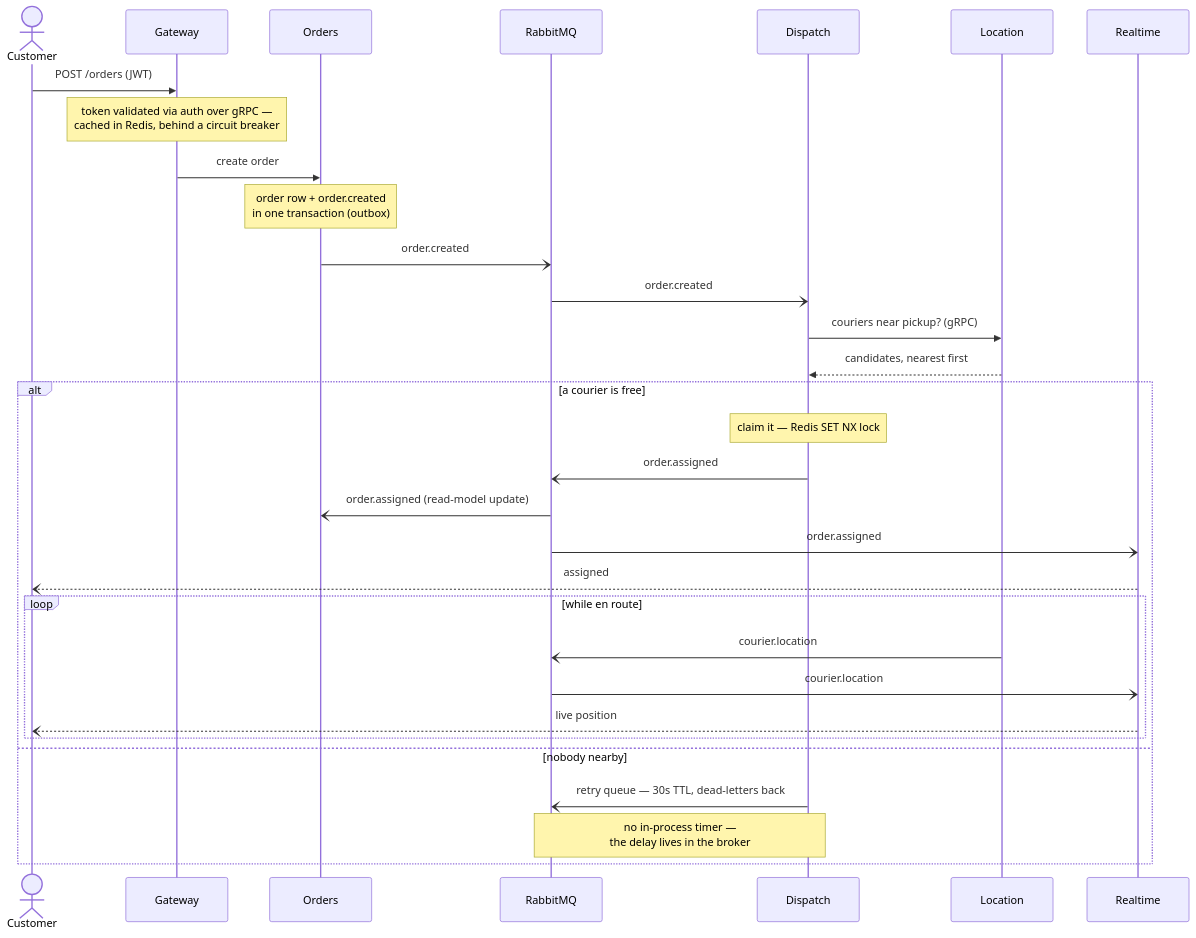
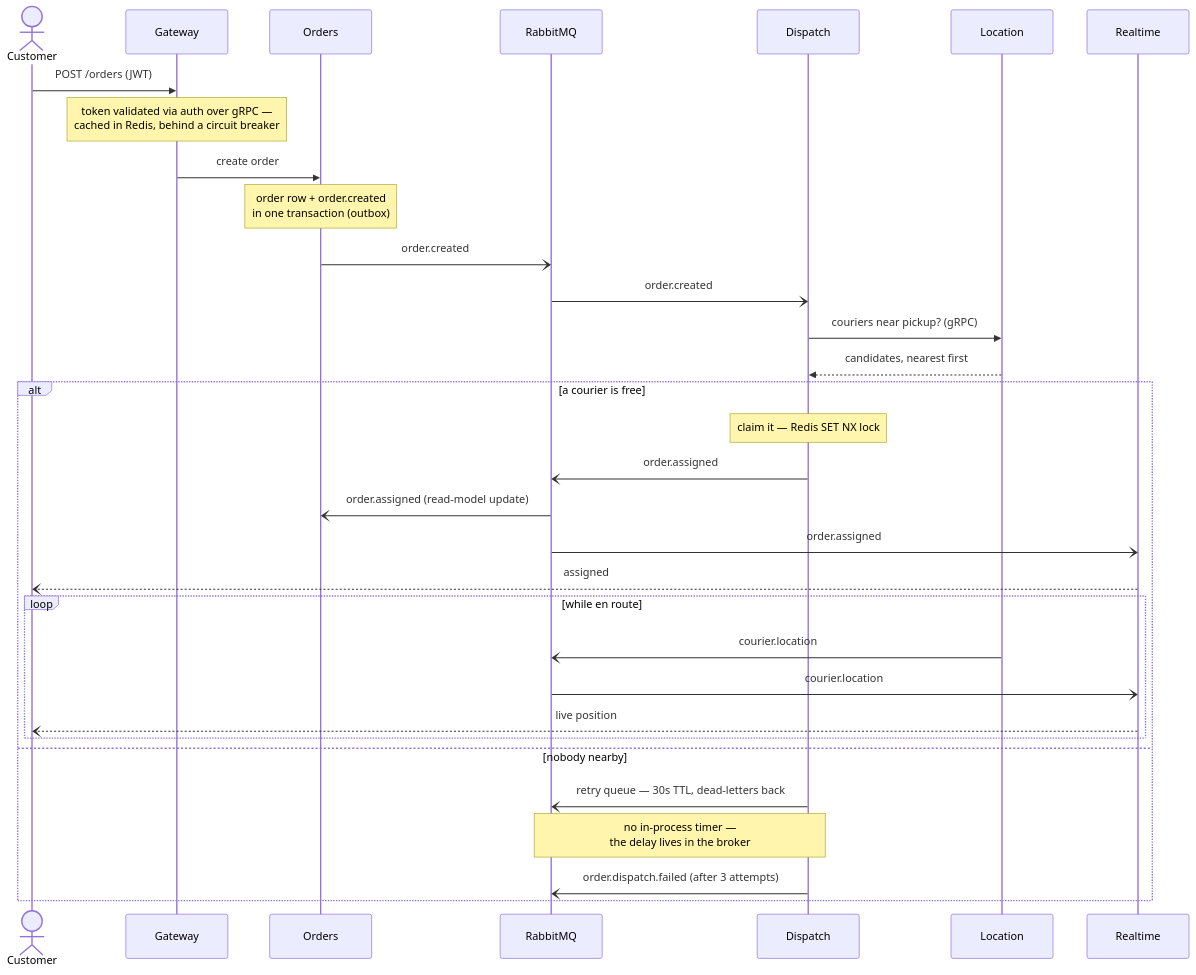
Before and after one commit to huseyincanbay/realtime-courier-network: the diagram in README.md, drawn with Mermaid. The commit also changed other lines of this file, not shown here.

````diff
--- a/README.md
+++ b/README.md
@@ -45,34 +45,35 @@
 ```mermaid
 sequenceDiagram
     actor C as Customer
     participant G as Gateway
     participant O as Orders
     participant MQ as RabbitMQ
     participant D as Dispatch
     participant L as Location
     participant RT as Realtime
 
     C->>G: POST /orders (JWT)
     Note over G: token validated via auth over gRPC —<br/>cached in Redis, behind a circuit breaker
     G->>O: create order
     Note over O: order row + order.created<br/>in one transaction (outbox)
     O-)MQ: order.created
     MQ-)D: order.created
     D->>L: couriers near pickup? (gRPC)
     L-->>D: candidates, nearest first
     alt a courier is free
         Note over D: claim it — Redis SET NX lock
         D-)MQ: order.assigned
         MQ-)O: order.assigned (read-model update)
         MQ-)RT: order.assigned
         RT--)C: assigned
         loop while en route
             L-)MQ: courier.location
             MQ-)RT: courier.location
             RT--)C: live position
         end
     else nobody nearby
         D-)MQ: retry queue — 30s TTL, dead-letters back
         Note over D,MQ: no in-process timer —<br/>the delay lives in the broker
+        D-)MQ: order.dispatch.failed (after 3 attempts)
     end
 ```
````
